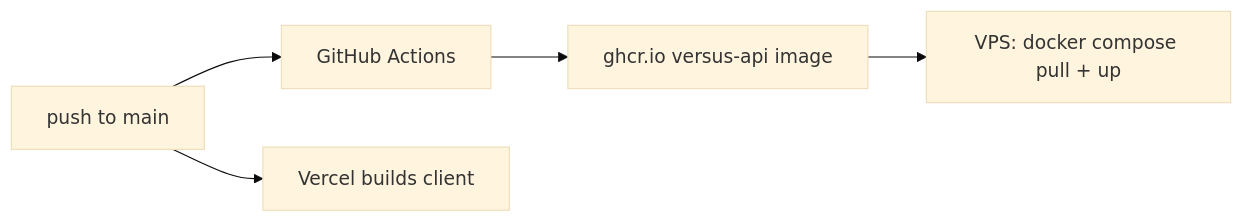
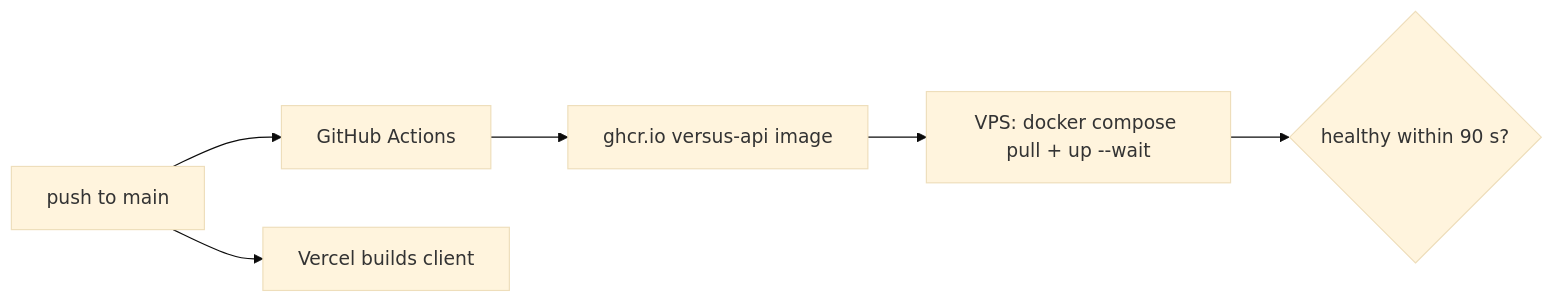
One commit to yoyanni/next-versus changed the diagram in docs/deployment.md. Above: the diagram before and after it, drawn with Mermaid (base theme). The commit also changed other lines of this file and 2 other files, not shown here.

Commit message:
Add docker-compose health check on the api service

````diff
--- a/docs/deployment.md
+++ b/docs/deployment.md
@@ -3,5 +3,5 @@
 ```mermaid
 flowchart LR
-  G[push to main] --> GA[GitHub Actions] --> I[ghcr.io versus-api image] --> VPS[VPS: docker compose pull + up]
+  G[push to main] --> GA[GitHub Actions] --> I[ghcr.io versus-api image] --> VPS[VPS: docker compose pull + up --wait] --> H{healthy within 90 s?}
   G --> VC[Vercel builds client]
 ```
````
